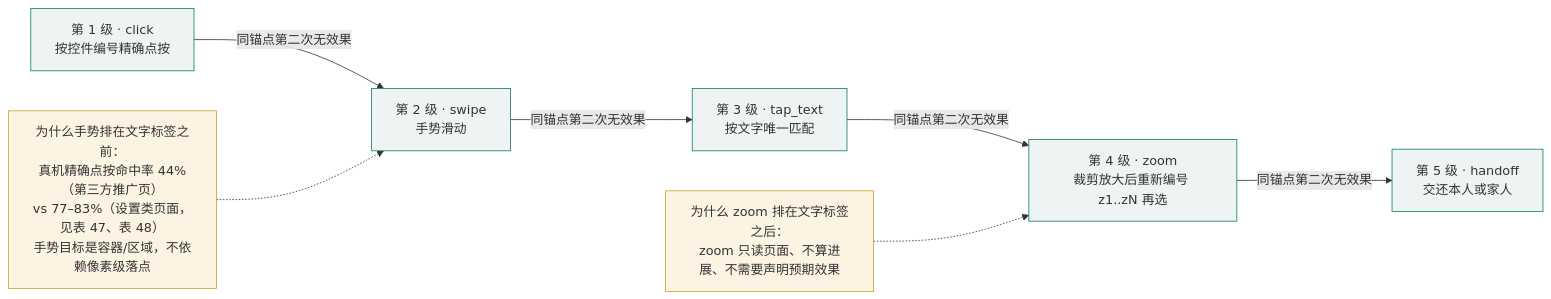
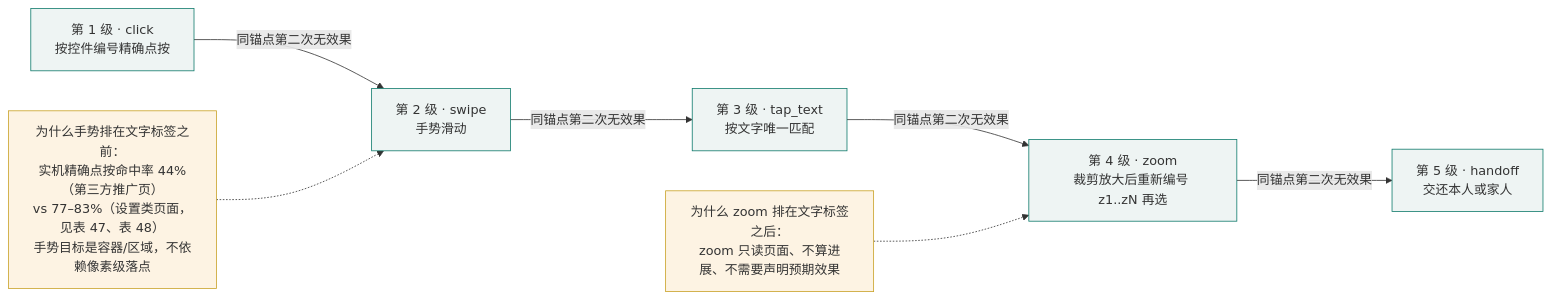
The seventh of 13 diagrams in docs/aic-2026/作品方案-定稿.md (lhxll07/elder-harness), drawn with Mermaid before and after one commit. The commit also changed other lines of this file and 50 other files, not shown here.

````diff
--- a/docs/aic-2026/作品方案-定稿.md
+++ b/docs/aic-2026/作品方案-定稿.md
@@ -576,13 +578,13 @@
 ```mermaid
 flowchart LR
   R1["第 1 级 · click<br/>按控件编号精确点按"] -->|同锚点第二次无效果| R2["第 2 级 · swipe<br/>手势滑动"]
   R2 -->|同锚点第二次无效果| R3["第 3 级 · tap_text<br/>按文字唯一匹配"]
   R3 -->|同锚点第二次无效果| R4["第 4 级 · zoom<br/>裁剪放大后重新编号 z1..zN 再选"]
   R4 -->|同锚点第二次无效果| R5["第 5 级 · handoff<br/>交还本人或家人"]
-  E1["为什么手势排在文字标签之前：<br/>真机精确点按命中率 44%（第三方推广页）<br/>vs 77–83%（设置类页面，见表 47、表 48）<br/>手势目标是容器/区域，不依赖像素级落点"] -.-> R2
+  E1["为什么手势排在文字标签之前：<br/>实机精确点按命中率 44%（第三方推广页）<br/>vs 77–83%（设置类页面，见表 47、表 48）<br/>手势目标是容器/区域，不依赖像素级落点"] -.-> R2
   E2["为什么 zoom 排在文字标签之后：<br/>zoom 只读页面、不算进展、不需要声明预期效果"] -.-> R4
-  classDef rung fill:#eef4f3,stroke:#0f7b6c
+  classDef level fill:#eef4f3,stroke:#0f7b6c
   classDef note fill:#fdf3e3,stroke:#c9a227
-  class R1,R2,R3,R4,R5 rung
+  class R1,R2,R3,R4,R5 level
   class E1,E2 note
 ```
````
